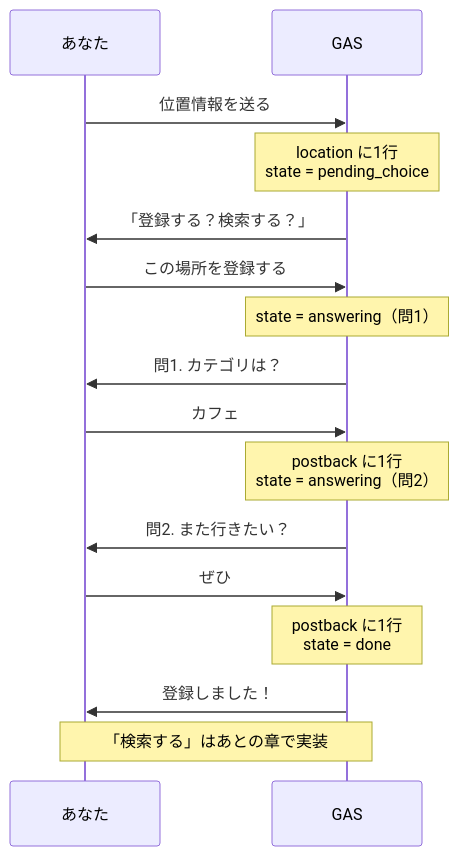
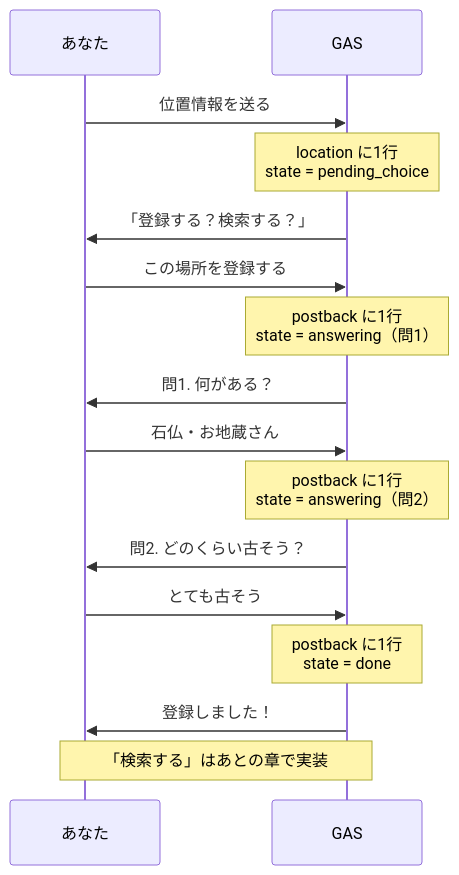
Before and after one commit to line-community-developer/nara-udc-line-handson: the diagram in books/nara-line-location-log-handson/02-03-register-from-location.md, drawn with Mermaid. The commit also changed other lines of this file and 19 other files, not shown here.

````diff
--- a/books/nara-line-location-log-handson/02-03-register-from-location.md
+++ b/books/nara-line-location-log-handson/02-03-register-from-location.md
@@ -9,21 +9,21 @@
 ```mermaid
 sequenceDiagram
     participant You as あなた
     participant GAS as GAS
 
     You->>GAS: 位置情報を送る
     Note over GAS: location に1行<br/>state = pending_choice
     GAS->>You: 「登録する？検索する？」
 
     You->>GAS: この場所を登録する
-    Note over GAS: state = answering（問1）
-    GAS->>You: 問1. カテゴリは？
-    You->>GAS: カフェ
+    Note over GAS: postback に1行<br/>state = answering（問1）
+    GAS->>You: 問1. 何がある？
+    You->>GAS: 石仏・お地蔵さん
     Note over GAS: postback に1行<br/>state = answering（問2）
-    GAS->>You: 問2. また行きたい？
-    You->>GAS: ぜひ
+    GAS->>You: 問2. どのくらい古そう？
+    You->>GAS: とても古そう
     Note over GAS: postback に1行<br/>state = done
     GAS->>You: 登録しました！
 
     Note over You,GAS: 「検索する」はあとの章で実装
 ```
````
